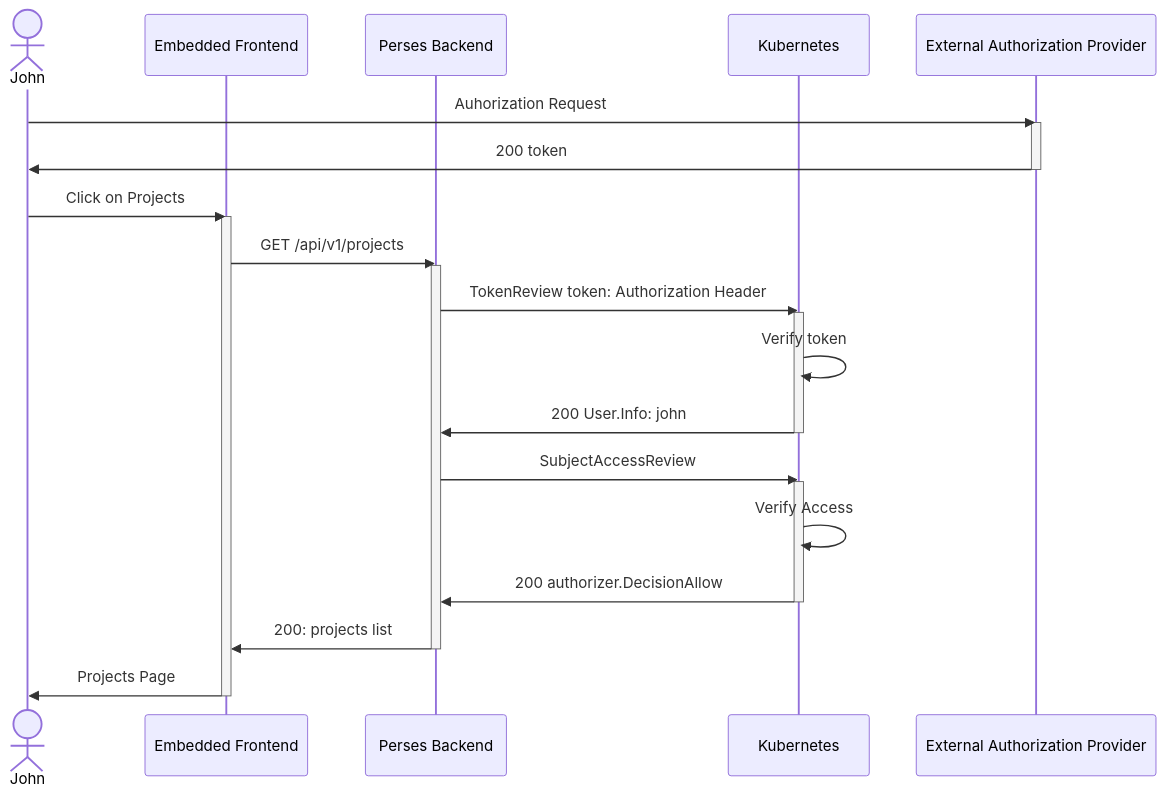
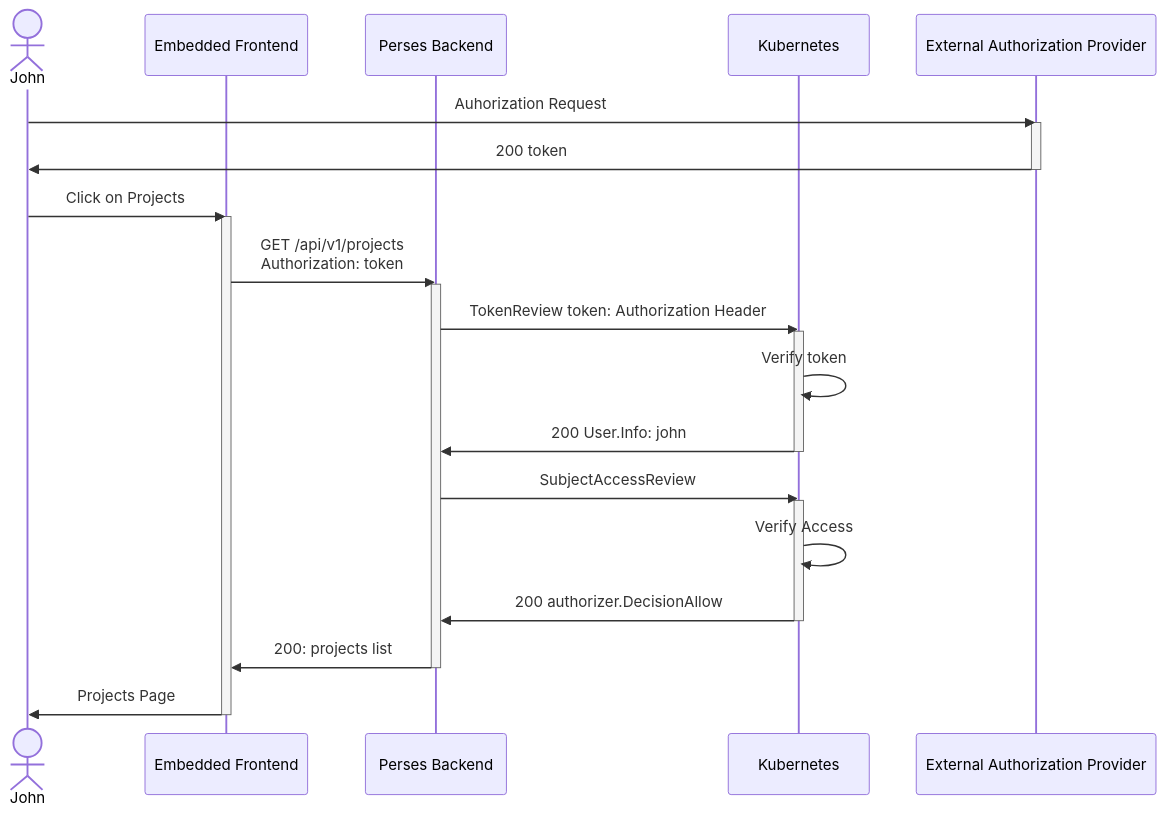
One commit to perses/perses changed the fifth of 8 diagrams in docs/concepts/authentication.md. Above: the diagram before and after it, drawn with Mermaid. The commit also changed other lines of this file, not shown here.

Commit message:
[IGNORE] update sequence diagrams to show k8s auth flows

````diff
--- a/docs/concepts/authentication.md
+++ b/docs/concepts/authentication.md
@@ -345,31 +345,31 @@
 ```mermaid
 sequenceDiagram
     actor hu as John
     participant br as Embedded Frontend
     participant rp as Perses Backend
     participant k8s as Kubernetes
     participant ap as External Authorization Provider
 
     hu->>ap: Auhorization Request
     activate ap
     ap->>hu: 200 token
     deactivate ap
     hu->>br: Click on Projects
     activate br
-    br->>rp: GET /api/v1/projects
+    br->>rp: GET /api/v1/projects <br> Authorization: token
     activate rp
     rp->>k8s: TokenReview token: Authorization Header
     activate k8s
     k8s->>k8s: Verify token
     k8s->>rp: 200 User.Info: john
     deactivate k8s
     rp->>k8s: SubjectAccessReview
     activate k8s
     k8s->>k8s: Verify Access
     k8s->>rp: 200 authorizer.DecisionAllow
     deactivate k8s
     rp->>br: 200: projects list
     deactivate rp
     br->>hu: Projects Page
     deactivate br
 ```
````
